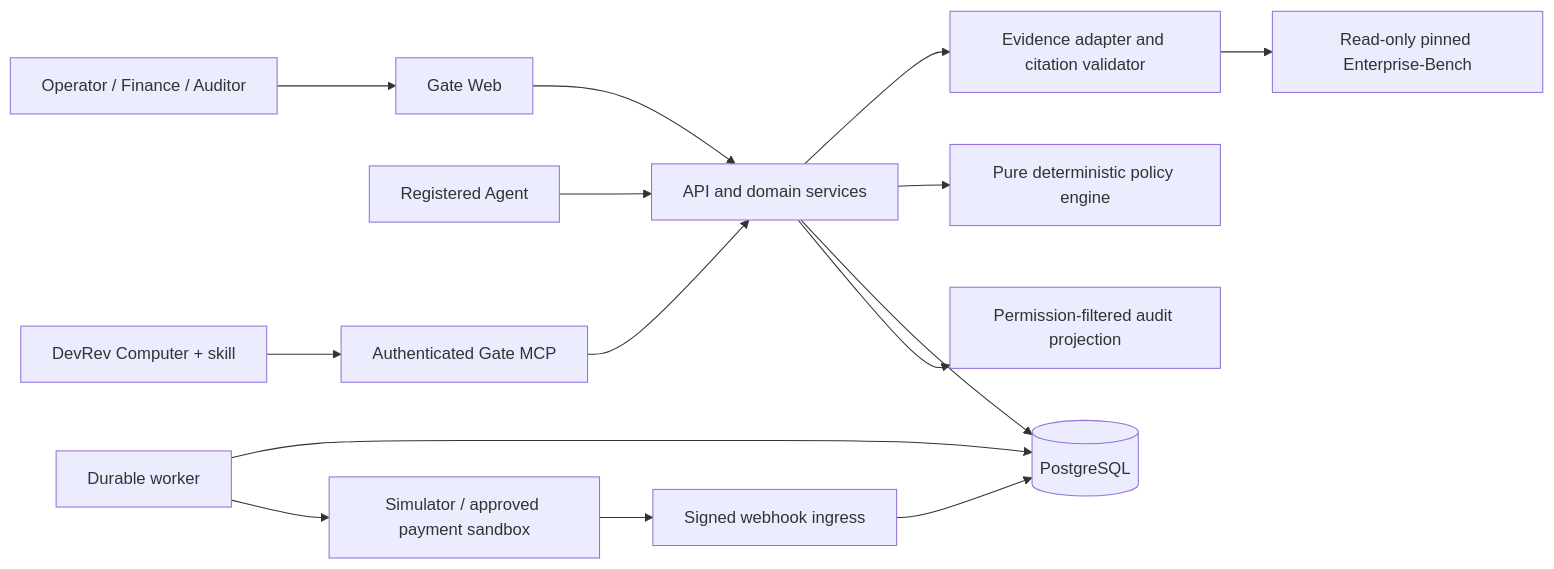
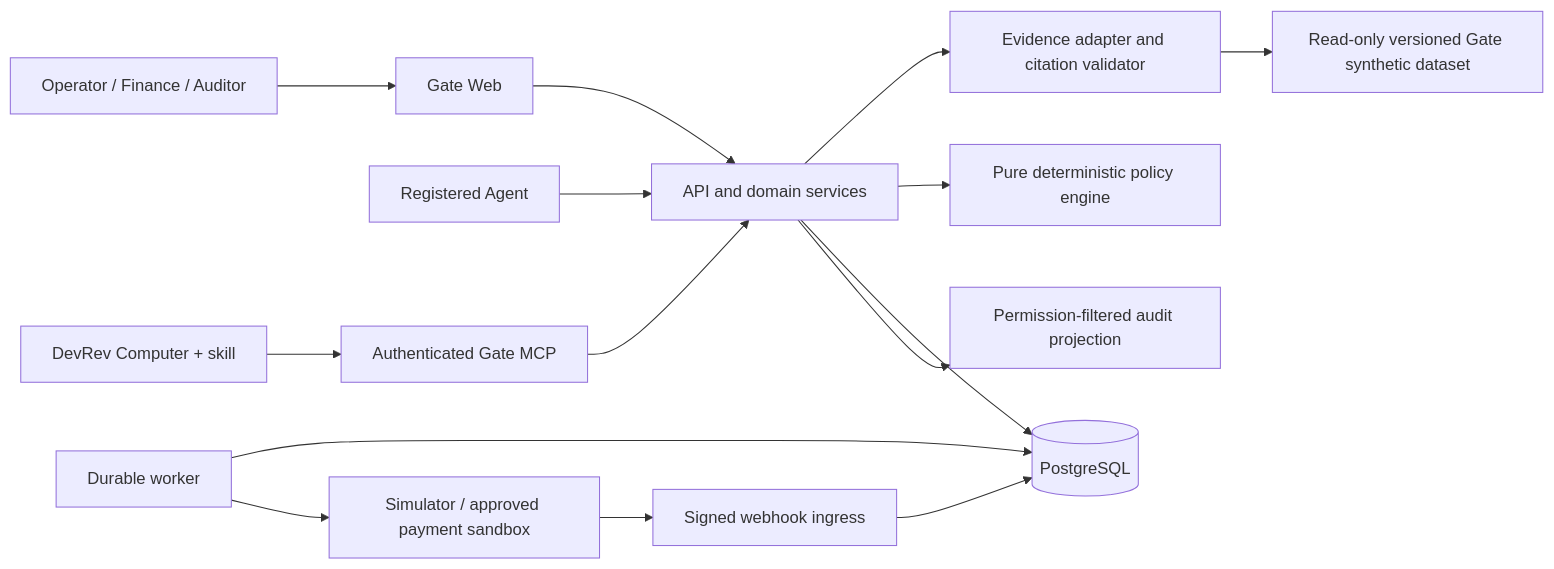
The diagram in plan.md (asyaafv/HACKMIDWEST26), drawn with Mermaid before and after one commit. The commit also changed other lines of this file, not shown here.

Commit message:
Update demo plan for Gate synthetic dataset

````diff
--- a/plan.md
+++ b/plan.md
@@ -201,17 +203,17 @@
 ```mermaid
 flowchart LR
   User[Operator / Finance / Auditor] --> Web[Gate Web]
   Agent[Registered Agent] --> API[API and domain services]
   Web --> API
   Computer[DevRev Computer + skill] --> MCP[Authenticated Gate MCP]
   MCP --> API
   API --> Evidence[Evidence adapter and citation validator]
-  Evidence --> Dataset[Read-only pinned Enterprise-Bench]
+  Evidence --> Dataset[Read-only versioned Gate synthetic dataset]
   API --> Policy[Pure deterministic policy engine]
   API --> DB[(PostgreSQL)]
   Worker[Durable worker] --> DB
   Worker --> Provider[Simulator / approved payment sandbox]
   Provider --> Hooks[Signed webhook ingress]
   Hooks --> DB
   API --> Audit[Permission-filtered audit projection]
 ```
````
